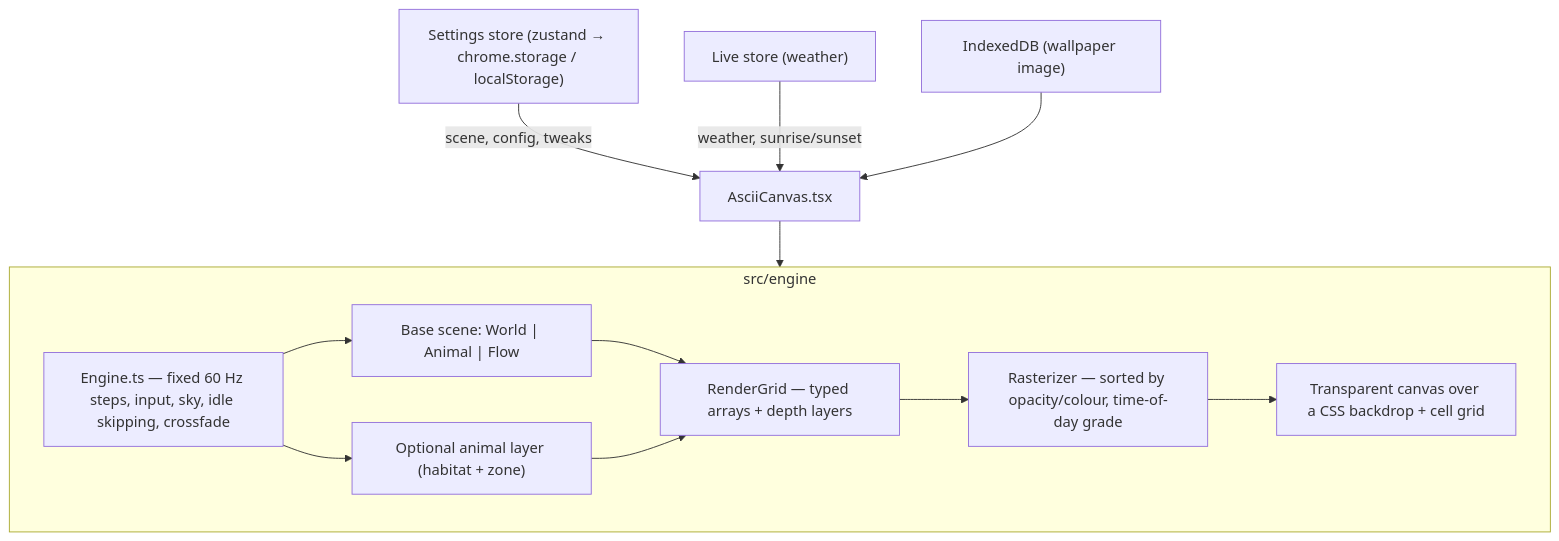
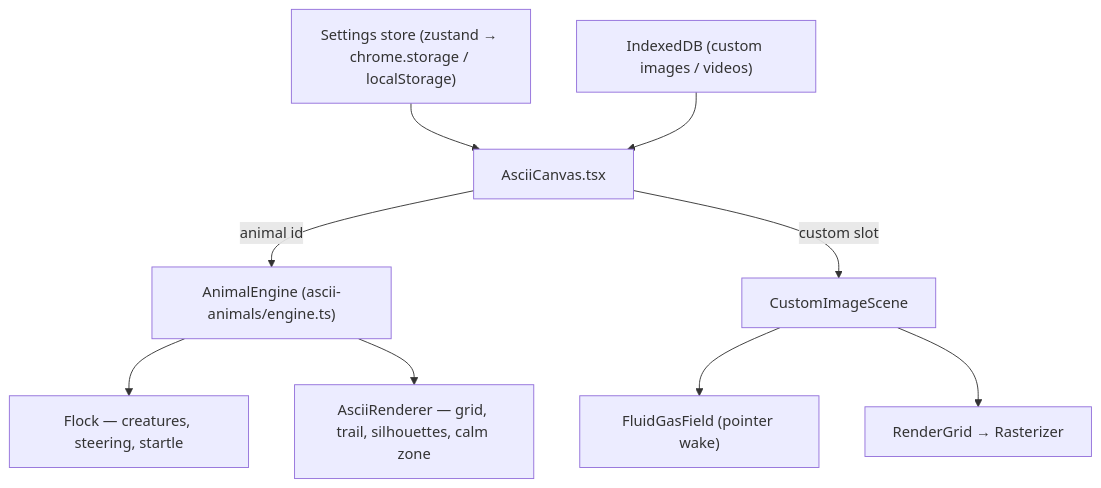
The diagram in ARCHITECTURE.md (ColossalMonk/pixora), drawn with Mermaid before and after one commit. The commit also changed other lines of this file and 34 other files, not shown here.

First line of the commit message:
chore: v2.1.1 cleanup: settings migration, calm zone, licences, dead code

````diff
--- a/ARCHITECTURE.md
+++ b/ARCHITECTURE.md
@@ -7,16 +14,11 @@
 ```mermaid
 graph TD
-  Store["Settings store (zustand → chrome.storage / localStorage)"] -->|scene, config, tweaks| Canvas[AsciiCanvas.tsx]
-  Live["Live store (weather)"] -->|weather, sunrise/sunset| Canvas
-  IDB["IndexedDB (wallpaper image)"] --> Canvas
-  Canvas --> Engine
-  subgraph Engine["src/engine"]
-    Loop["Engine.ts — fixed 60 Hz steps, input, sky, idle skipping, crossfade"]
-    Loop --> Base["Base scene: World | Animal | Flow"]
-    Loop --> Overlay["Optional animal layer (habitat + zone)"]
-    Base --> Grid["RenderGrid — typed arrays + depth layers"]
-    Overlay --> Grid
-    Grid --> Raster["Rasterizer — sorted by opacity/colour, time-of-day grade"]
-    Raster --> Out["Transparent canvas over a CSS backdrop + cell grid"]
-  end
+  Store["Settings store (zustand → chrome.storage / localStorage)"] --> Canvas[AsciiCanvas.tsx]
+  IDB["IndexedDB (custom images / videos)"] --> Canvas
+  Canvas -->|animal id| AE["AnimalEngine (ascii-animals/engine.ts)"]
+  AE --> Flock["Flock — creatures, steering, startle"]
+  AE --> AR["AsciiRenderer — grid, trail, silhouettes, calm zone"]
+  Canvas -->|custom slot| CS["CustomImageScene"]
+  CS --> Fluid["FluidGasField (pointer wake)"]
+  CS --> Grid["RenderGrid → Rasterizer"]
 ```
````
